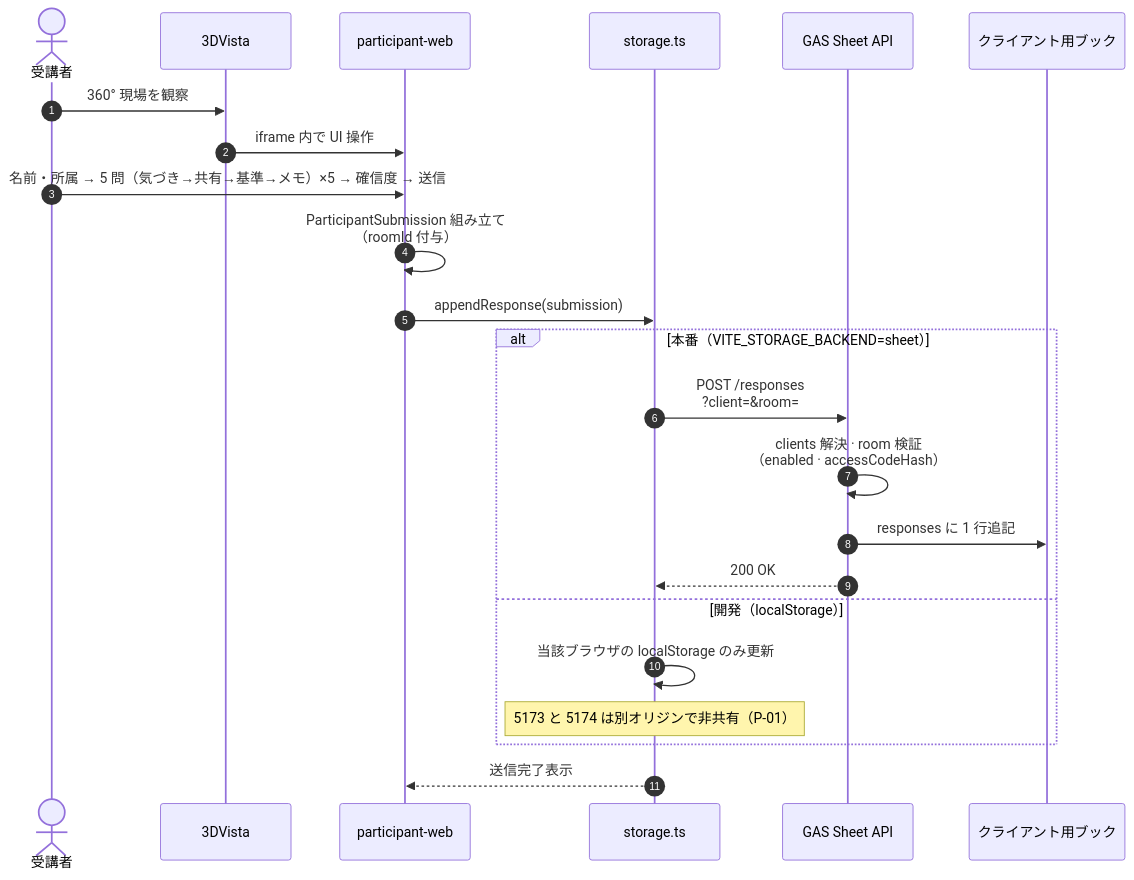
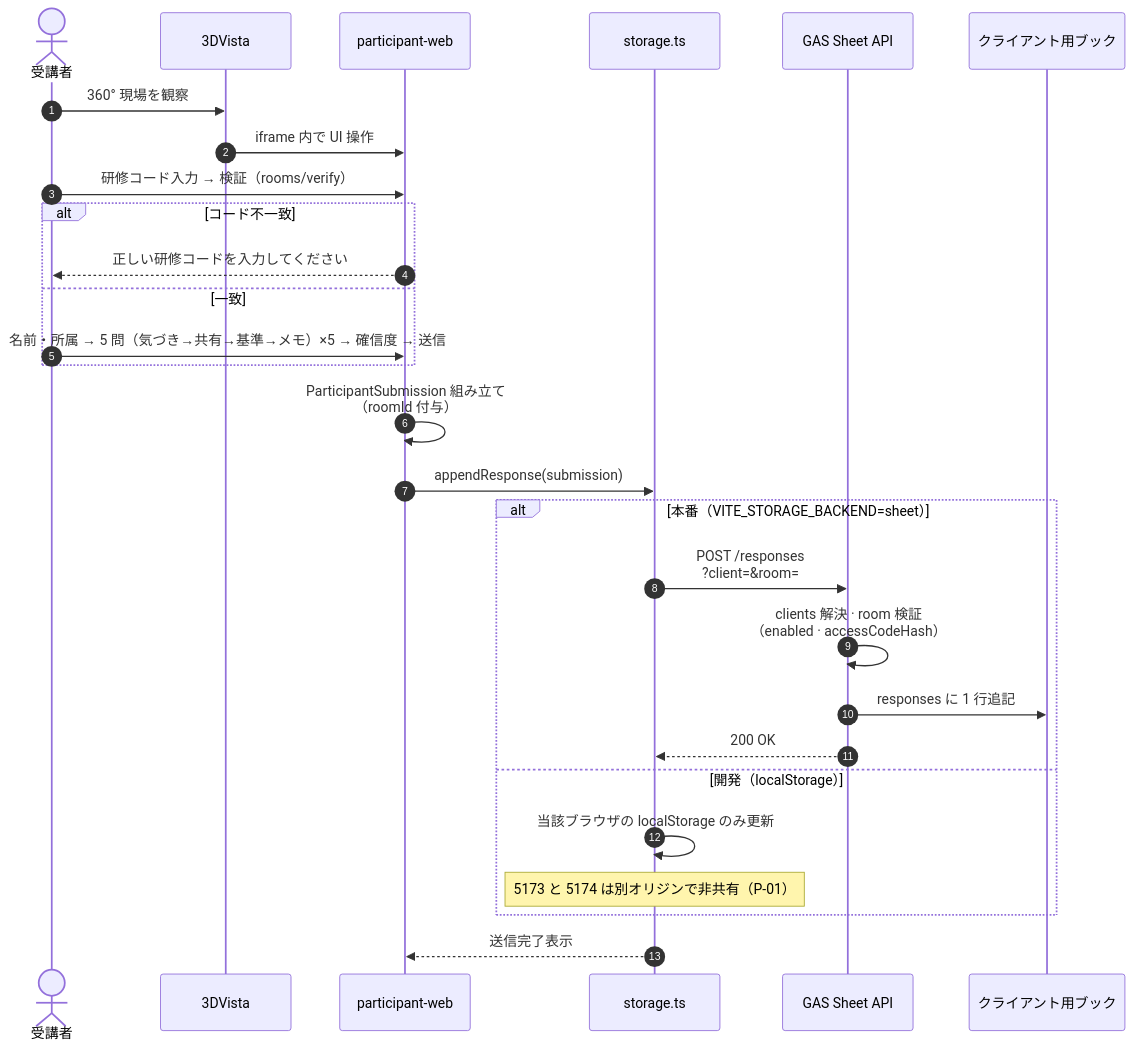
The second of 6 diagrams in docs/TECHNICAL-SPEC.md (shintaro0403/experteye360), drawn with Mermaid before and after one commit. The commit also changed other lines of this file and 40 other files, not shown here.

````diff
--- a/docs/TECHNICAL-SPEC.md
+++ b/docs/TECHNICAL-SPEC.md
@@ -497,26 +799,31 @@
 ```mermaid
 sequenceDiagram
   autonumber
   actor U as 受講者
   participant V as 3DVista
   participant P as participant-web
   participant S as storage.ts
   participant API as GAS Sheet API
   participant SS as クライアント用ブック
 
   U->>V: 360° 現場を観察
   V->>P: iframe 内で UI 操作
-  U->>P: 名前・所属 → 5 問（気づき→共有→基準→メモ）×5 → 確信度 → 送信
+  U->>P: 研修コード入力 → 検証（rooms/verify）
+  alt コード不一致
+    P-->>U: 正しい研修コードを入力してください
+  else 一致
+    U->>P: 名前・所属 → 5 問（気づき→共有→基準→メモ）×5 → 確信度 → 送信
+  end
   P->>P: ParticipantSubmission 組み立て<br/>（roomId 付与）
   P->>S: appendResponse(submission)
   alt 本番（VITE_STORAGE_BACKEND=sheet）
     S->>API: POST /responses<br/>?client=&room=
     API->>API: clients 解決 · room 検証<br/>（enabled · accessCodeHash）
     API->>SS: responses に 1 行追記
     API-->>S: 200 OK
   else 開発（localStorage）
     S->>S: 当該ブラウザの localStorage のみ更新
     Note over S: 5173 と 5174 は別オリジンで非共有（P-01）
   end
   S-->>P: 送信完了表示
 ```
````
